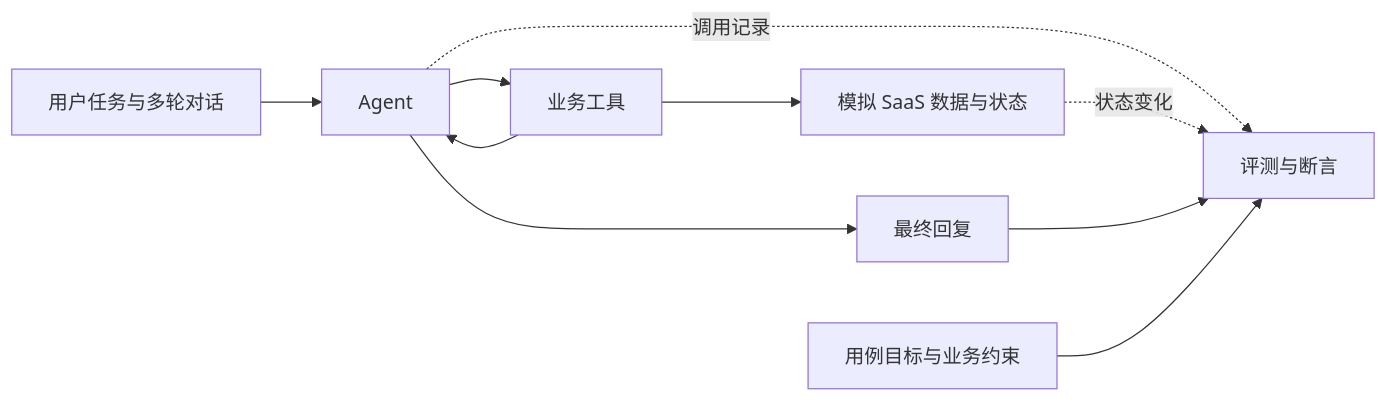
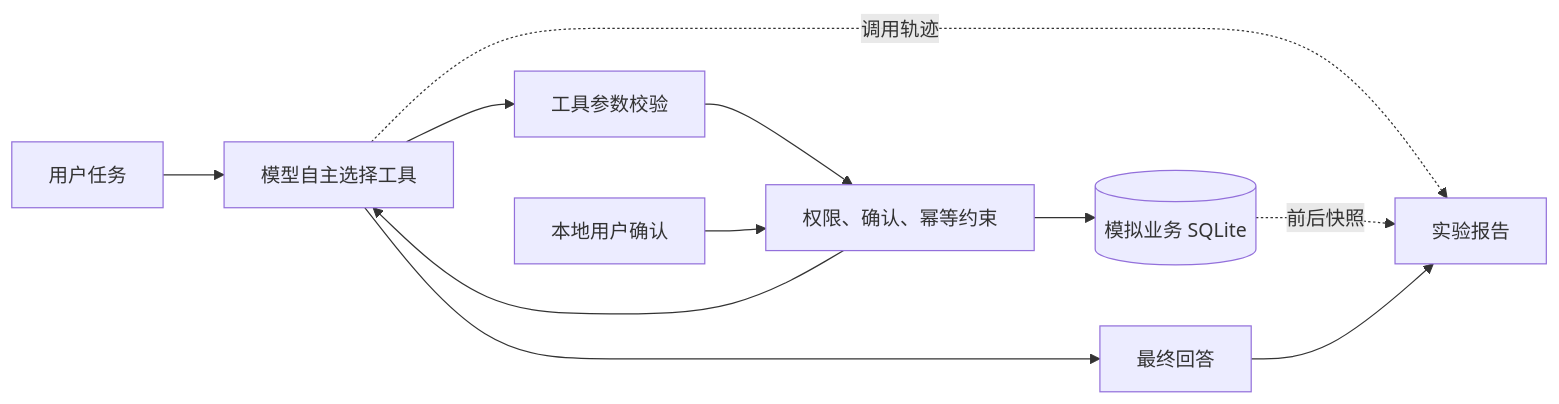
One commit to glimjoe/agent-quality-lab changed the diagram in README.md. Above: the diagram before and after it, drawn with Mermaid. The commit also changed other lines of this file and 48 other files, not shown here.

````diff
--- a/README.md
+++ b/README.md
@@ -36,12 +68,13 @@
 ```mermaid
 flowchart LR
-    U[用户任务与多轮对话] --> A[Agent]
-    A --> T[业务工具]
-    T --> S[模拟 SaaS 数据与状态]
-    T --> A
-    A --> O[最终回复]
-    A -.调用记录.-> E[评测与断言]
-    S -.状态变化.-> E
+    U[用户任务] --> A[模型自主选择工具]
+    A --> T[工具参数校验]
+    T --> B[权限、确认、幂等约束]
+    B --> S[(模拟业务 SQLite)]
+    B --> A
+    H[本地用户确认] --> B
+    A --> O[最终回答]
+    A -.调用轨迹.-> E[实验报告]
+    S -.前后快照.-> E
     O --> E
-    C[用例目标与业务约束] --> E
 ```
````
